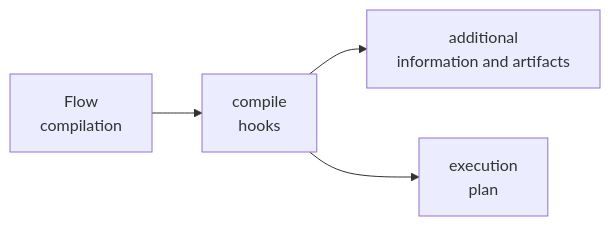
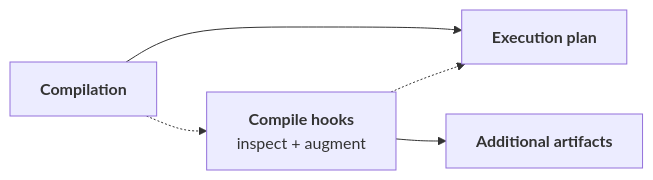
Before and after one commit to FAST-HEP/fasthep-flow: the fifth of 6 diagrams in docs/execution/compilation.md, drawn with Mermaid. The commit also changed other lines of this file and 7 other files, not shown here.

````diff
--- a/docs/execution/compilation.md
+++ b/docs/execution/compilation.md
@@ -557,11 +579,12 @@
 ```{mermaid}
 flowchart LR
-    Compiler["Flow<br/>compilation"]
-    Hooks["compile<br/>hooks"]
-    Artifacts["additional<br/>information and artifacts"]
-    Plan["execution<br/>plan"]
+    Compiler["<b>Compilation</b>"]:::flow
+    Plan["<b>Execution plan</b>"]:::plan
+    Hooks["<b>Compile hooks</b><br/>inspect + augment"]:::capability
+    Artifacts["<b>Additional artifacts</b>"]:::artifact
 
-    Compiler --> Hooks
+    Compiler --> Plan
+    Compiler -.-> Hooks
+    Hooks -.-> Plan
     Hooks --> Artifacts
-    Hooks --> Plan
 ```
````
